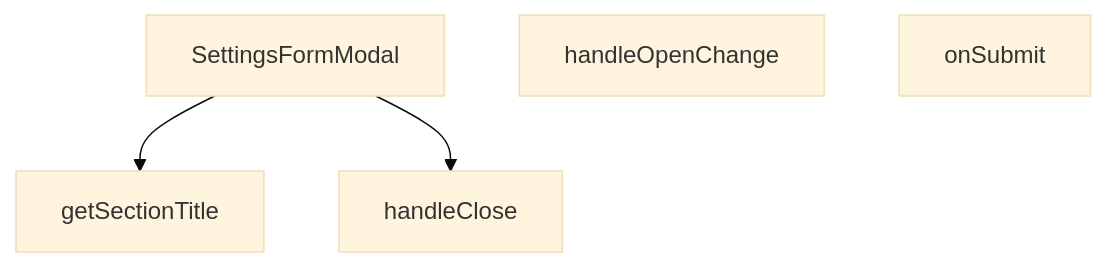
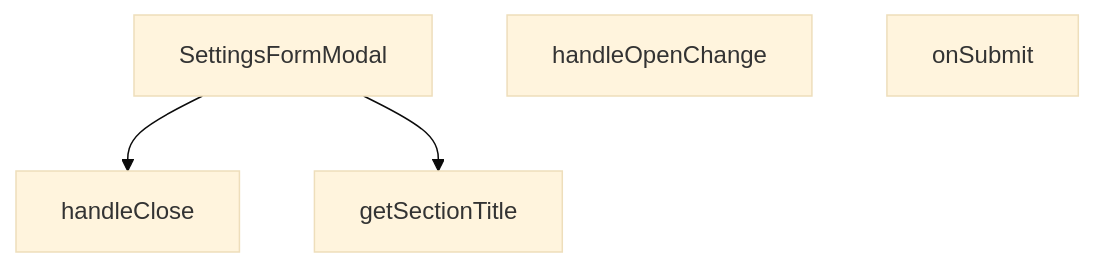
Before and after one commit to peckop/venthub-hvac-esite: the diagram in src/components/admin/settings/SettingsFormModal.md, drawn with Mermaid (base theme). The commit also changed other lines of this file and 429 other files, not shown here.

````diff
--- a/src/components/admin/settings/SettingsFormModal.md
+++ b/src/components/admin/settings/SettingsFormModal.md
@@ -221,10 +143,10 @@
 ```mermaid
 graph TD
     SettingsFormModal_tsx__SettingsFormModal["SettingsFormModal"]
     SettingsFormModal_tsx__getSectionTitle["getSectionTitle"]
     SettingsFormModal_tsx__handleClose["handleClose"]
     SettingsFormModal_tsx__handleOpenChange["handleOpenChange"]
     SettingsFormModal_tsx__onSubmit["onSubmit"]
+    SettingsFormModal_tsx__SettingsFormModal --> SettingsFormModal_tsx__handleClose
     SettingsFormModal_tsx__SettingsFormModal --> SettingsFormModal_tsx__getSectionTitle
-    SettingsFormModal_tsx__SettingsFormModal --> SettingsFormModal_tsx__handleClose
 ```
````
